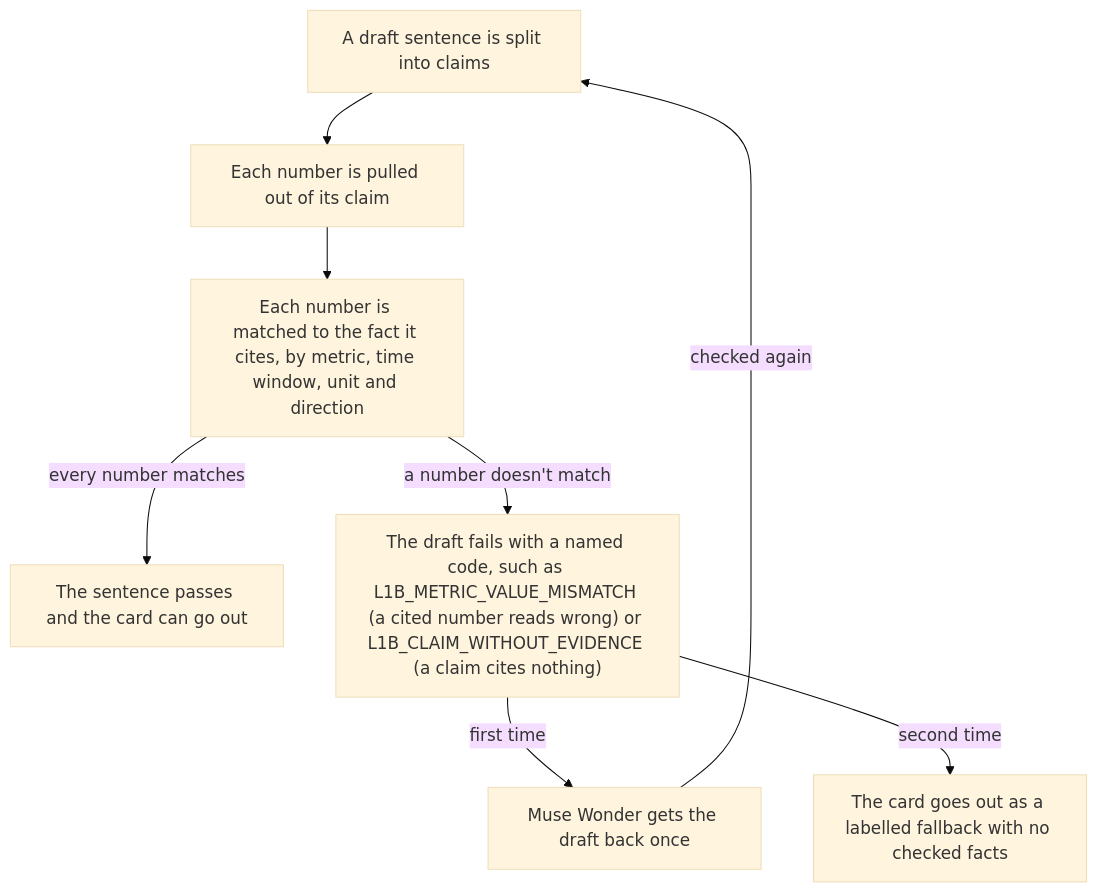
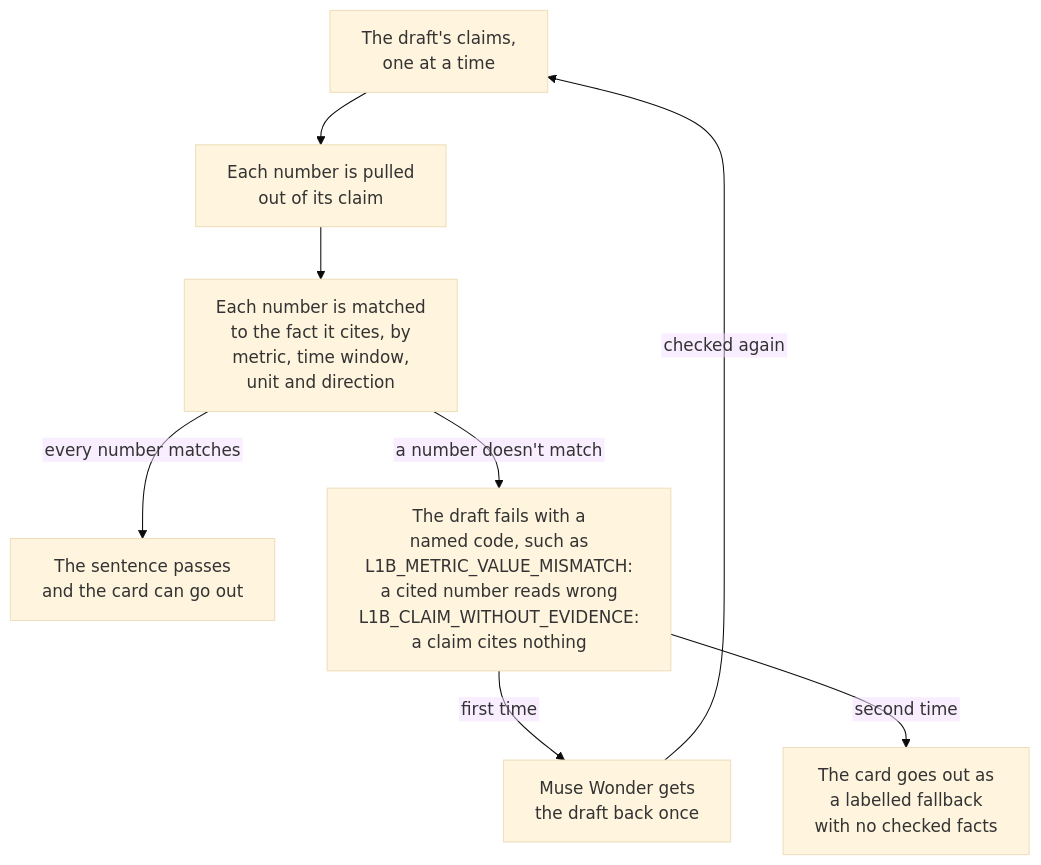
One commit to macayaven/ikigai-loop changed the second of 3 diagrams in README.md. Above: the diagram before and after it, drawn with Mermaid (base theme). The commit also changed other lines of this file and 7 other files, not shown here.

First line of the commit message:
Docs 12: plain labels in the sequence diagram, a readable components diagram (#73)

````diff
--- a/README.md
+++ b/README.md
@@ -63,15 +66,16 @@
 ```mermaid
+%%{init: {"flowchart": {"htmlLabels": false}}}%%
 flowchart TD
-    Split["A draft sentence is split into claims"]
-    Pull["Each number is pulled out of its claim"]
-    Match["Each number is matched to the fact it cites, by metric, time window, unit and direction"]
-    Pass["The sentence passes and the card can go out"]
-    Fail["The draft fails with a named code, such as L1B_METRIC_VALUE_MISMATCH (a cited number reads wrong) or L1B_CLAIM_WITHOUT_EVIDENCE (a claim cites nothing)"]
-    Once["Muse Wonder gets the draft back once"]
-    Fallback["The card goes out as a labelled fallback with no checked facts"]
+    Split["The draft's claims,<br/>one at a time"]
+    Pull["Each number is pulled<br/>out of its claim"]
+    Match["Each number is matched<br/>to the fact it cites, by<br/>metric, time window,<br/>unit and direction"]
+    Pass["The sentence passes<br/>and the card can go out"]
+    Fail["The draft fails with a<br/>named code, such as<br/>L1B_METRIC_VALUE_MISMATCH:<br/>a cited number reads wrong<br/>L1B_CLAIM_WITHOUT_EVIDENCE:<br/>a claim cites nothing"]
+    Once["Muse Wonder gets<br/>the draft back once"]
+    Fallback["The card goes out as<br/>a labelled fallback<br/>with no checked facts"]
     Split --> Pull --> Match
     Match -- "every number matches" --> Pass
     Match -- "a number doesn't match" --> Fail
     Fail -- "first time" --> Once -- "checked again" --> Split
     Fail -- "second time" --> Fallback
 ```
````
